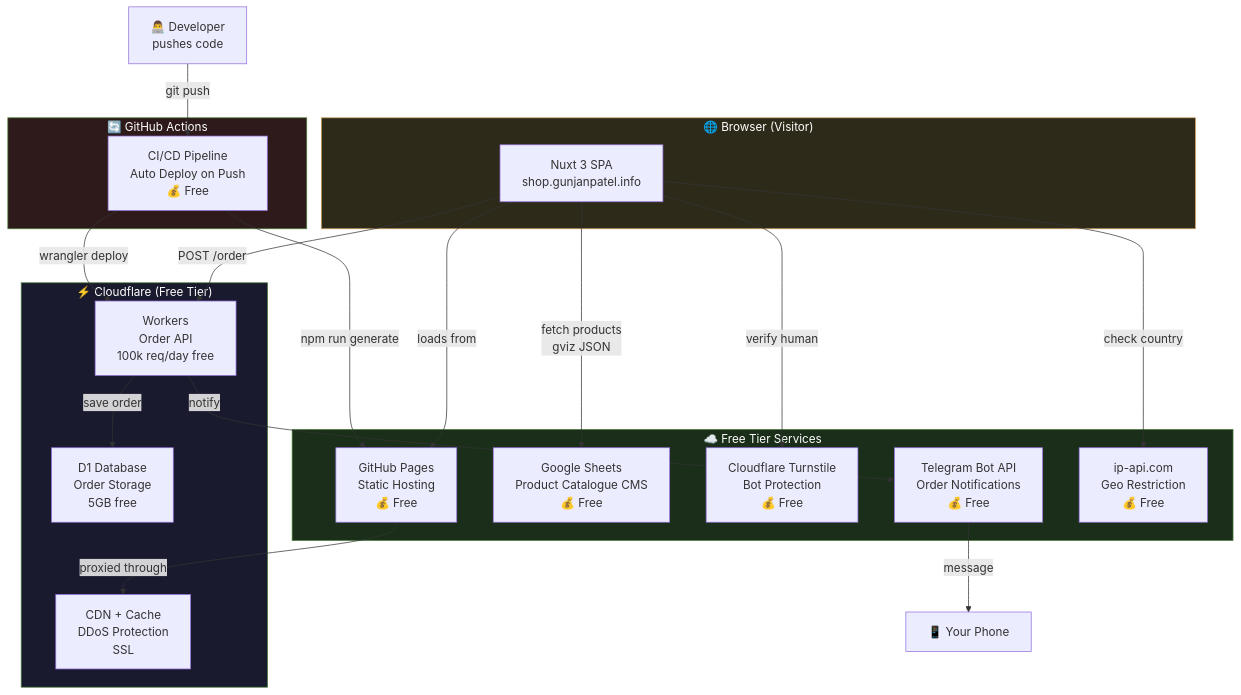
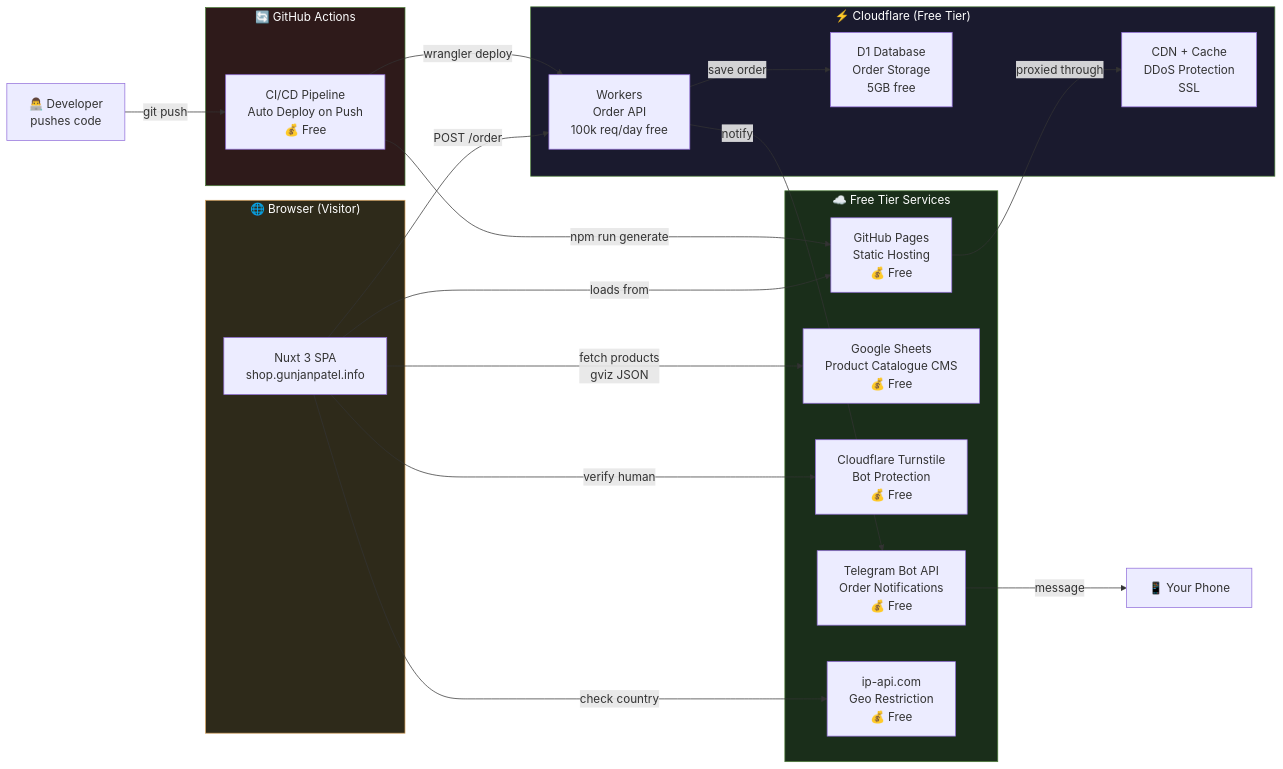
Before and after one commit to gunjanpatel/patel-flours: the diagram in ARCHITECTURE.md, drawn with Mermaid.

Commit message:
Update arc

````diff
--- a/ARCHITECTURE.md
+++ b/ARCHITECTURE.md
@@ -3,43 +3,43 @@
 ```mermaid
-graph TB
+graph LR
     subgraph Client["🌐 Browser (Visitor)"]
         UI["Nuxt 3 SPA\nshop.gunjanpatel.info"]
     end
 
     subgraph Free["☁️ Free Tier Services"]
         GH["GitHub Pages\nStatic Hosting\n💰 Free"]
         GS["Google Sheets\nProduct Catalogue CMS\n💰 Free"]
         TS["Cloudflare Turnstile\nBot Protection\n💰 Free"]
         TG["Telegram Bot API\nOrder Notifications\n💰 Free"]
         IP["ip-api.com\nGeo Restriction\n💰 Free"]
     end
 
     subgraph CF["⚡ Cloudflare (Free Tier)"]
         CDN["CDN + Cache\nDDoS Protection\nSSL"]
         W["Workers\nOrder API\n100k req/day free"]
         D1["D1 Database\nOrder Storage\n5GB free"]
     end
 
     subgraph GHA["🔄 GitHub Actions"]
         CI["CI/CD Pipeline\nAuto Deploy on Push\n💰 Free"]
     end
 
     Dev["👨‍💻 Developer\npushes code"] -->|"git push"| CI
     CI -->|"npm run generate"| GH
     CI -->|"wrangler deploy"| W
 
     UI -->|"loads from"| GH
     GH -->|"proxied through"| CDN
     UI -->|"fetch products\ngviz JSON"| GS
     UI -->|"verify human"| TS
     UI -->|"check country"| IP
     UI -->|"POST /order"| W
     W -->|"save order"| D1
     W -->|"notify"| TG
     TG -->|"message"| Phone["📱 Your Phone"]
 
     style Free fill:#1a2e1a,stroke:#4B7C38,color:#fff
     style CF fill:#1a1a2e,stroke:#4B7C38,color:#fff
     style GHA fill:#2e1a1a,stroke:#4B7C38,color:#fff
     style Client fill:#2e2a1a,stroke:#D4A15C,color:#fff
 ```
````
